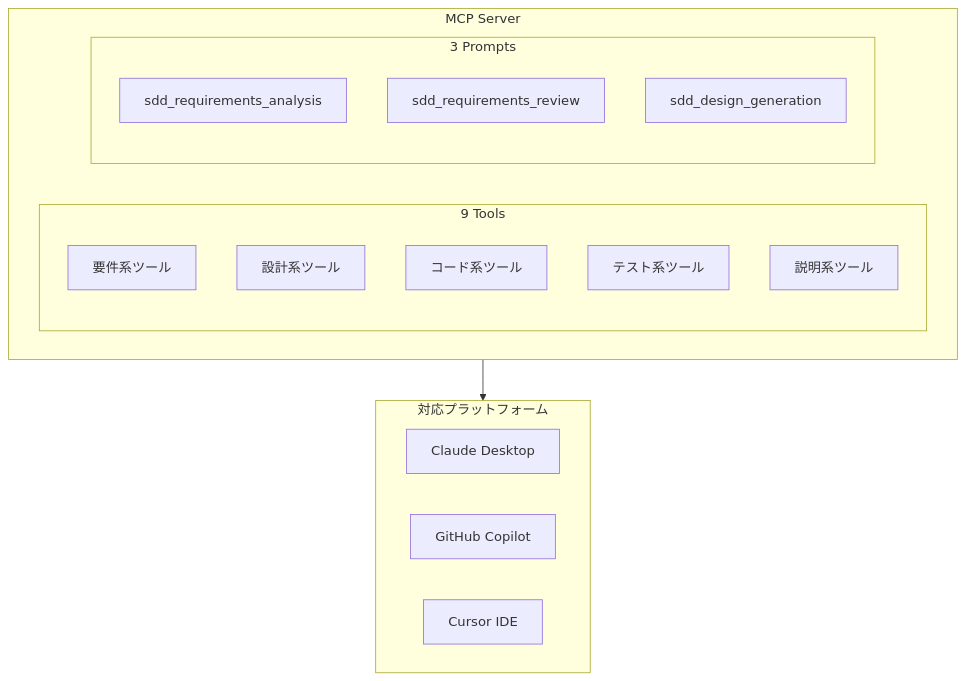
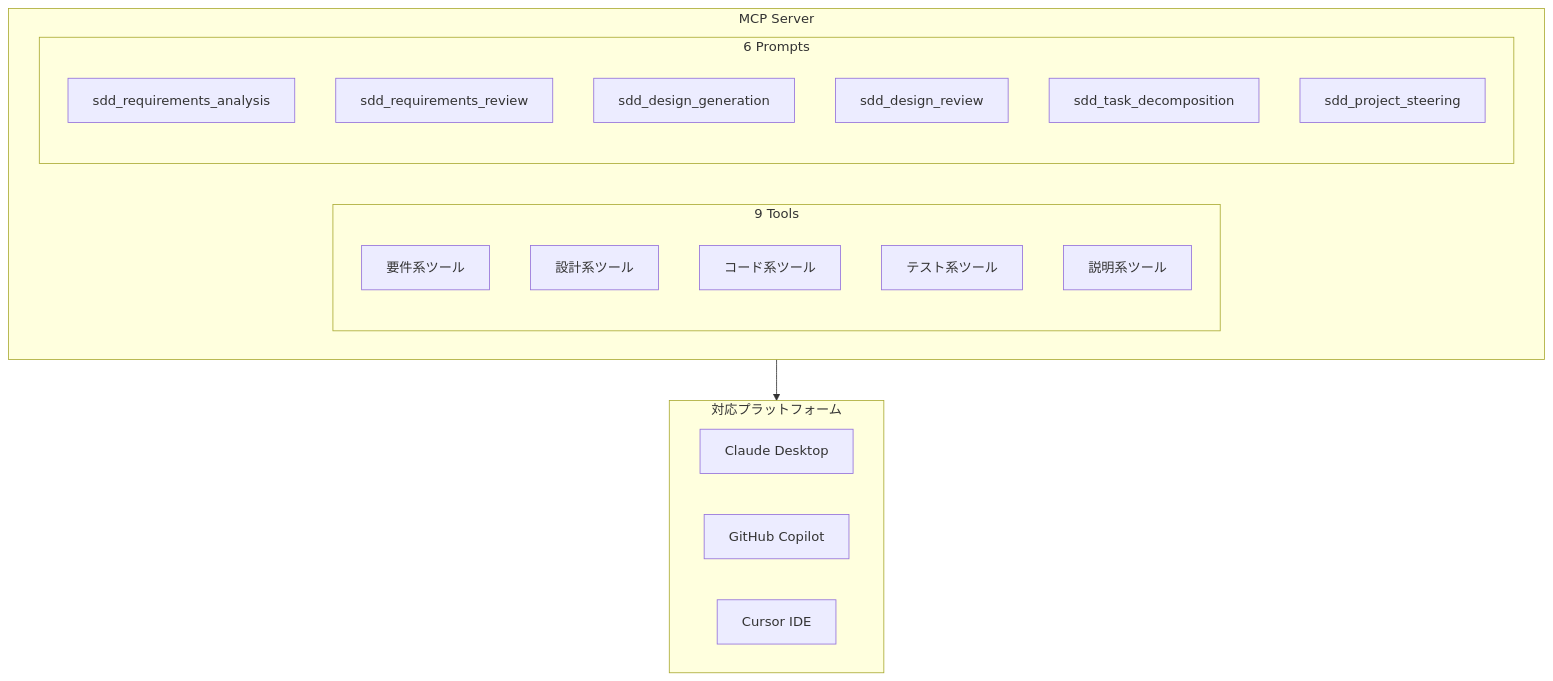
Before and after one commit to Takashi-So/MUSUBIX: diagram 15 of 21 in docs/evolution-from-musubi-to-musubix.md, drawn with Mermaid. The commit also changed other lines of this file and 6 other files, not shown here.

````diff
--- a/docs/evolution-from-musubi-to-musubix.md
+++ b/docs/evolution-from-musubi-to-musubix.md
@@ -665,26 +723,29 @@
 ```mermaid
 flowchart TB
     subgraph MCPServer["MCP Server"]
         subgraph Tools["9 Tools"]
             T1[要件系ツール]
             T2[設計系ツール]
             T3[コード系ツール]
             T4[テスト系ツール]
             T5[説明系ツール]
         end
         
-        subgraph Prompts["3 Prompts"]
+        subgraph Prompts["6 Prompts"]
             P1[sdd_requirements_analysis]
             P2[sdd_requirements_review]
             P3[sdd_design_generation]
+            P4[sdd_design_review]
+            P5[sdd_task_decomposition]
+            P6[sdd_project_steering]
         end
     end
     
     subgraph Platforms["対応プラットフォーム"]
         Claude[Claude Desktop]
         Copilot[GitHub Copilot]
         Cursor[Cursor IDE]
     end
     
     MCPServer --> Platforms
 ```
````
